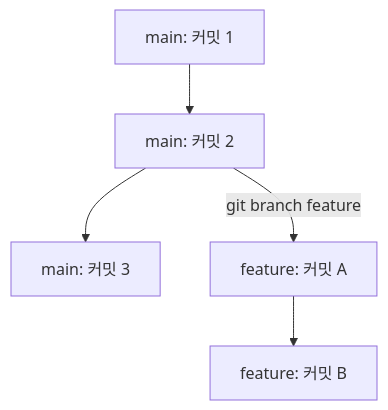
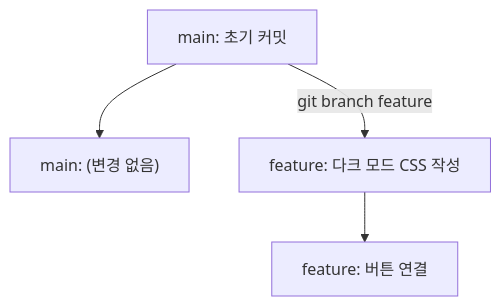
The first of 4 diagrams in _posts/2026-08-31-git-week1-commands.md (SeungBinYang/my-blog), drawn with Mermaid before and after one commit. The commit also changed other lines of this file, not shown here.

```diff
--- a/_posts/2026-08-31-git-week1-commands.md
+++ b/_posts/2026-08-31-git-week1-commands.md
@@ -83,7 +78,6 @@
 <pre class="mermaid">
 flowchart TD
-    M1["main: 커밋 1"] --> M2["main: 커밋 2"]
-    M2 --> M3["main: 커밋 3"]
-    M2 -- "git branch feature" --> B1["feature: 커밋 A"]
-    B1 --> B2["feature: 커밋 B"]
+    M1["main: 초기 커밋"] --> M2["main: (변경 없음)"]
+    M1 -- "git branch feature" --> B1["feature: 다크 모드 CSS 작성"]
+    B1 --> B2["feature: 버튼 연결"]
 </pre>
```
